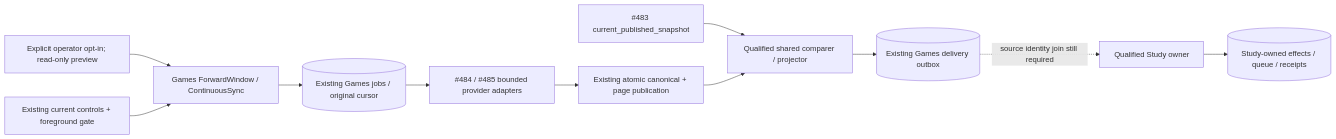
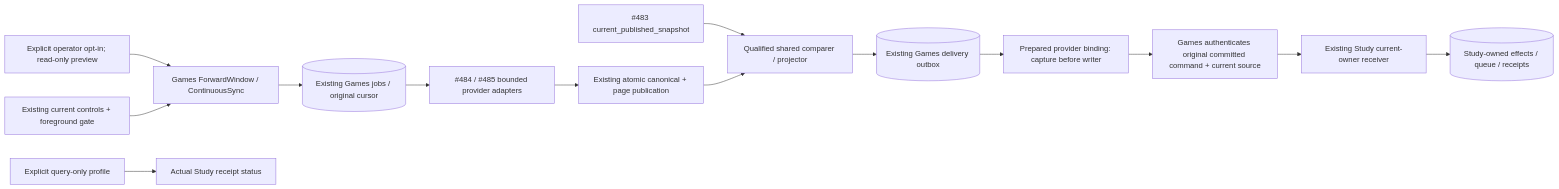
One commit to aaweaver-actuary/tempo changed the diagram in docs/product-v02/game-sync/README.md. Above: the diagram before and after it, drawn with Mermaid. The commit also changed other lines of this file and 9 other files, not shown here.

Commit message:
feat(games): prepare admitted provider receipt binding and replay seam

````diff
--- a/docs/product-v02/game-sync/README.md
+++ b/docs/product-v02/game-sync/README.md
@@ -54,13 +58,16 @@
 ```mermaid
 flowchart LR
   Operator["Explicit operator opt-in; read-only preview"] --> Schedule["Games ForwardWindow / ContinuousSync"]
   Controls["Existing current controls + foreground gate"] --> Schedule
   Schedule --> Jobs[("Existing Games jobs / original cursor")]
   Jobs --> Providers["#484 / #485 bounded provider adapters"]
   Providers --> Publish["Existing atomic canonical + page publication"]
   Publication["#483 current_published_snapshot"] --> Compare["Qualified shared comparer / projector"]
   Publish --> Compare
   Compare --> Outbox[("Existing Games delivery outbox")]
-  Outbox -. "source identity join still required" .-> Receiver["Qualified Study owner"]
+  Outbox --> Binding["Prepared provider binding: capture before writer"]
+  Binding --> Fence["Games authenticates original committed command + current source"]
+  Fence --> Receiver["Existing Study current-owner receiver"]
   Receiver --> Study[("Study-owned effects / queue / receipts")]
+  Reader["Explicit query-only profile"] --> Status["Actual Study receipt status"]
 ```
````
